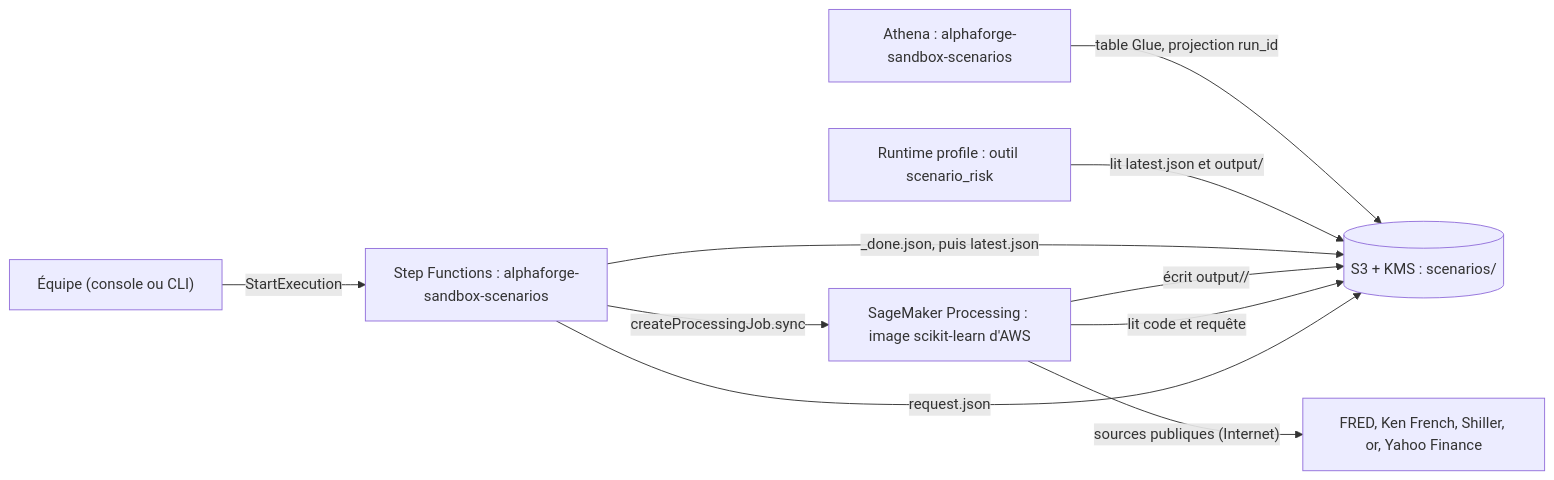
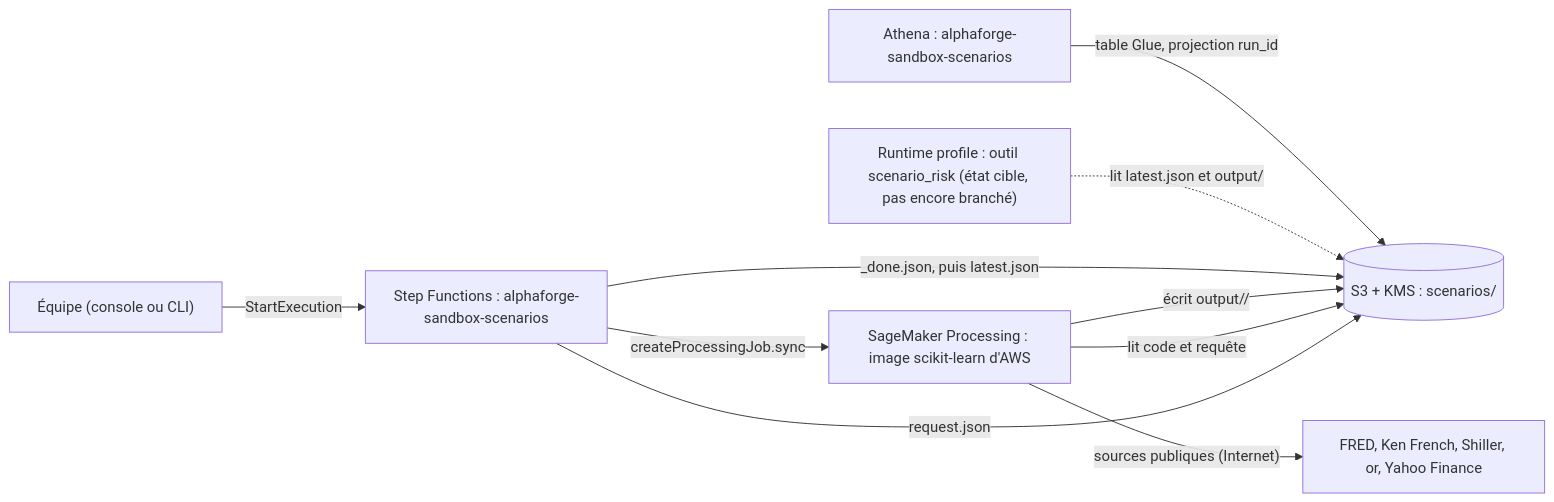
The fourth of 4 diagrams in app/CONTRACTS.md (sf-bit24/alphaforge-polyfinances-2026), drawn with Mermaid before and after one commit. The commit also changed other lines of this file and 22 other files, not shown here.

````diff
--- a/app/CONTRACTS.md
+++ b/app/CONTRACTS.md
@@ -467,12 +467,12 @@
 ```mermaid
 flowchart LR
     U["Équipe (console ou CLI)"] -->|"StartExecution"| SF["Step Functions : alphaforge-sandbox-scenarios"]
     SF -->|"request.json"| S3[("S3 + KMS : scenarios/")]
     SF -->|"createProcessingJob.sync"| SM["SageMaker Processing : image scikit-learn d'AWS"]
     SM -->|"lit code et requête"| S3
     SM -->|"sources publiques (Internet)"| WEB["FRED, Ken French, Shiller, or, Yahoo Finance"]
     SM -->|"écrit output/<run_id>/"| S3
     SF -->|"_done.json, puis latest.json"| S3
-    P["Runtime profile : outil scenario_risk"] -->|"lit latest.json et output/"| S3
+    P["Runtime profile : outil scenario_risk (état cible, pas encore branché)"] -.->|"lit latest.json et output/"| S3
     A["Athena : alphaforge-sandbox-scenarios"] -->|"table Glue, projection run_id"| S3
 ```
````
